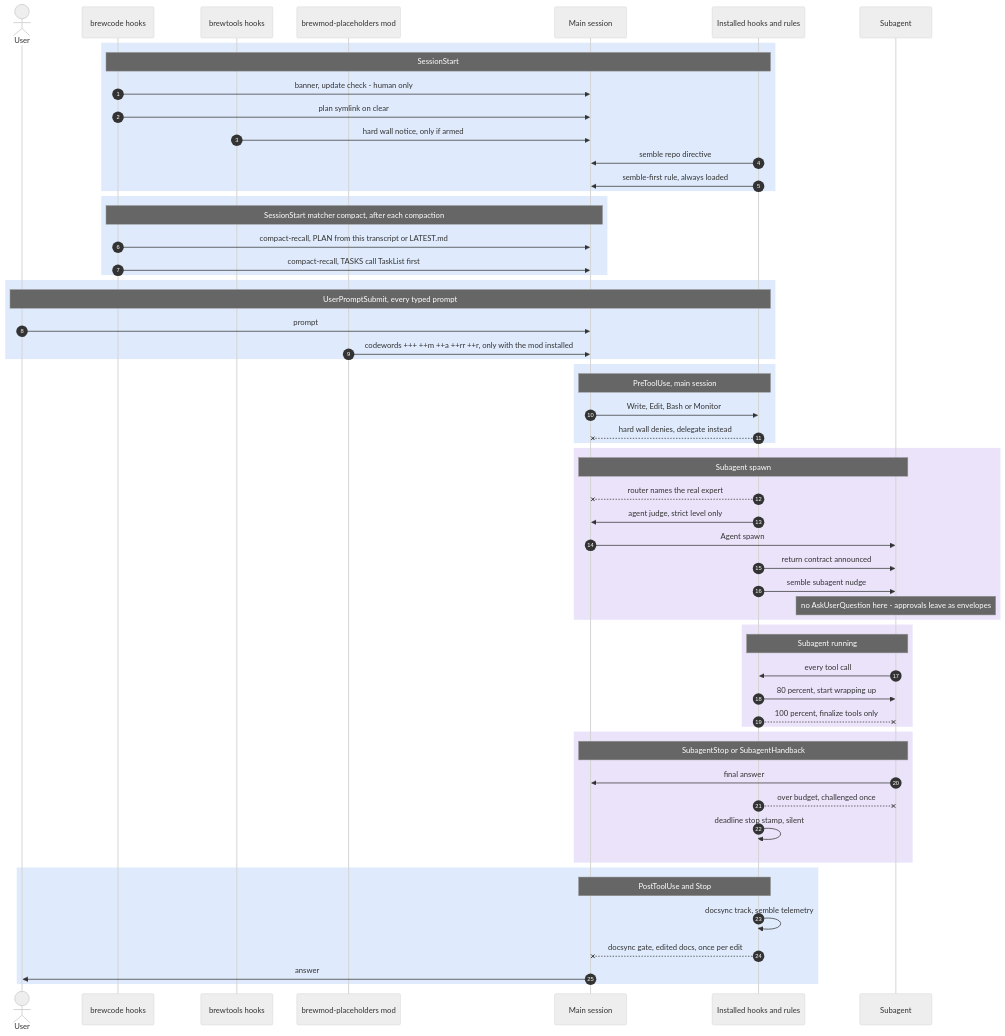
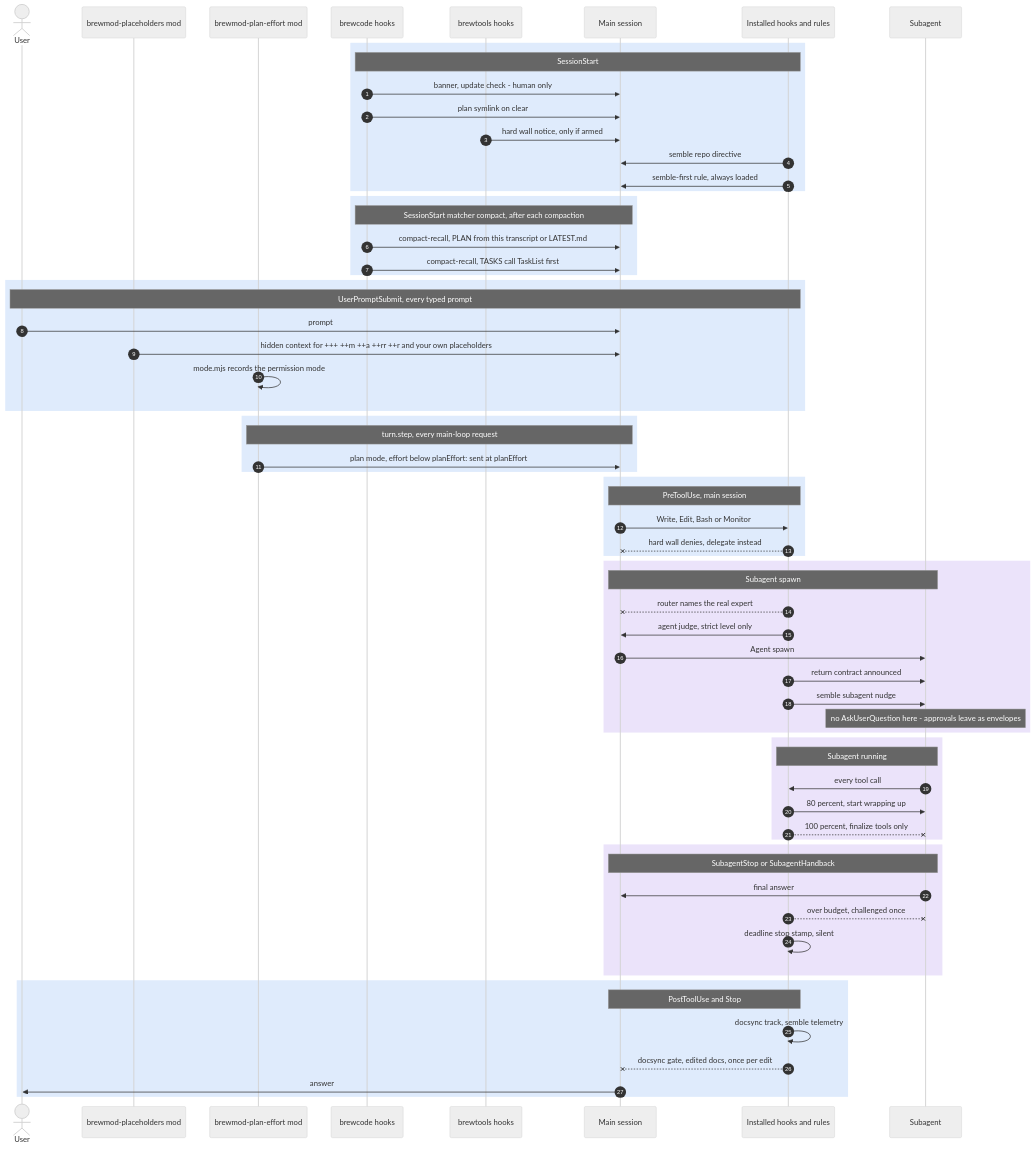
One commit to kochetkov-ma/claude-brewcode changed the second of 2 diagrams in APPROACHES.md. Above: the diagram before and after it, drawn with Mermaid (neutral theme). The commit also changed other lines of this file and 41 other files, not shown here.

Commit message:
docs(mods): mods first, recommended flow, UPDATE.md, human release notes, update-first warnings, GIF anchors

````diff
--- a/APPROACHES.md
+++ b/APPROACHES.md
@@ -81,69 +179,76 @@
 ```mermaid
 sequenceDiagram
   autonumber
   actor U as User
+  participant PM as brewmod-placeholders mod
+  participant PE as brewmod-plan-effort mod
   participant BC as brewcode hooks
   participant BT as brewtools hooks
-  participant PM as brewmod-placeholders mod
   participant MS as Main session
   participant PH as Installed hooks and rules
   participant SA as Subagent
 
   rect rgba(31,111,235,0.14)
     Note over BC,PH: SessionStart
     BC->>MS: banner, update check - human only
     BC->>MS: plan symlink on clear
     BT->>MS: hard wall notice, only if armed
     PH->>MS: semble repo directive
     PH->>MS: semble-first rule, always loaded
   end
 
   rect rgba(31,111,235,0.14)
     Note over BC,MS: SessionStart matcher compact, after each compaction
     BC->>MS: compact-recall, PLAN from this transcript or LATEST.md
     BC->>MS: compact-recall, TASKS call TaskList first
   end
 
   rect rgba(31,111,235,0.14)
     Note over U,PH: UserPromptSubmit, every typed prompt
     U->>MS: prompt
-    PM->>MS: codewords +++ ++m ++a ++rr ++r, only with the mod installed
+    PM->>MS: hidden context for +++ ++m ++a ++rr ++r and your own placeholders
+    PE->>PE: mode.mjs records the permission mode
+  end
+
+  rect rgba(31,111,235,0.14)
+    Note over PE,MS: turn.step, every main-loop request
+    PE->>MS: plan mode, effort below planEffort: sent at planEffort
   end
 
   rect rgba(31,111,235,0.14)
     Note over MS,PH: PreToolUse, main session
     MS->>PH: Write, Edit, Bash or Monitor
     PH--xMS: hard wall denies, delegate instead
   end
 
   rect rgba(130,80,223,0.16)
     Note over MS,SA: Subagent spawn
     PH--xMS: router names the real expert
     PH->>MS: agent judge, strict level only
     MS->>SA: Agent spawn
     PH->>SA: return contract announced
     PH->>SA: semble subagent nudge
     Note over SA: no AskUserQuestion here - approvals leave as envelopes
   end
 
   rect rgba(130,80,223,0.16)
     Note over PH,SA: Subagent running
     SA->>PH: every tool call
     PH->>SA: 80 percent, start wrapping up
     PH--xSA: 100 percent, finalize tools only
   end
 
   rect rgba(130,80,223,0.16)
     Note over MS,SA: SubagentStop or SubagentHandback
     SA->>MS: final answer
     PH--xSA: over budget, challenged once
     PH->>PH: deadline stop stamp, silent
   end
 
   rect rgba(31,111,235,0.14)
     Note over MS,PH: PostToolUse and Stop
     PH->>PH: docsync track, semble telemetry
     PH--xMS: docsync gate, edited docs, once per edit
     MS->>U: answer
   end
 ```
````
